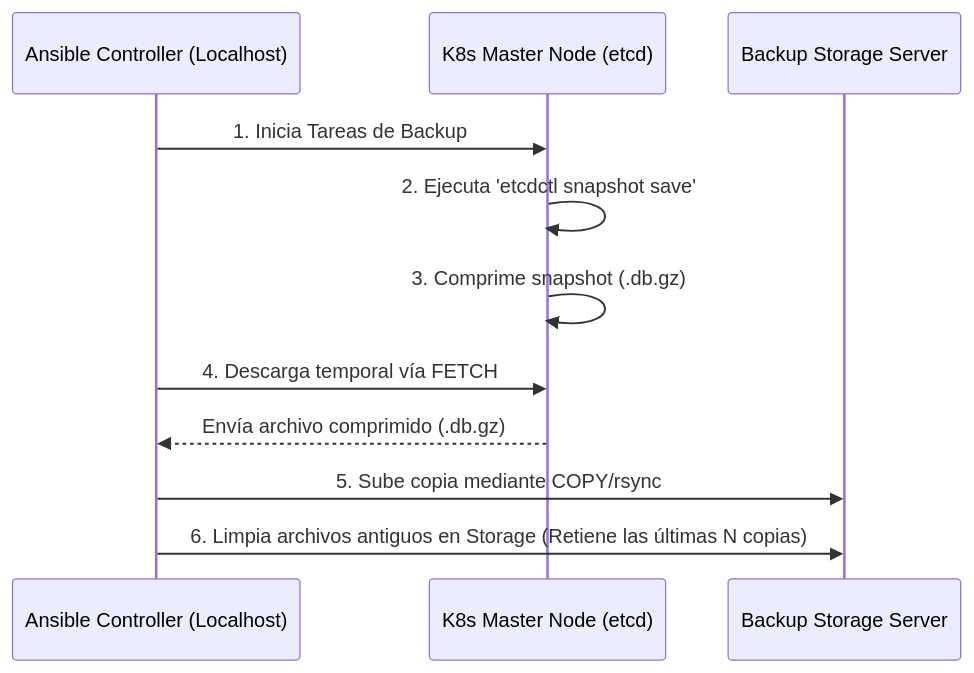
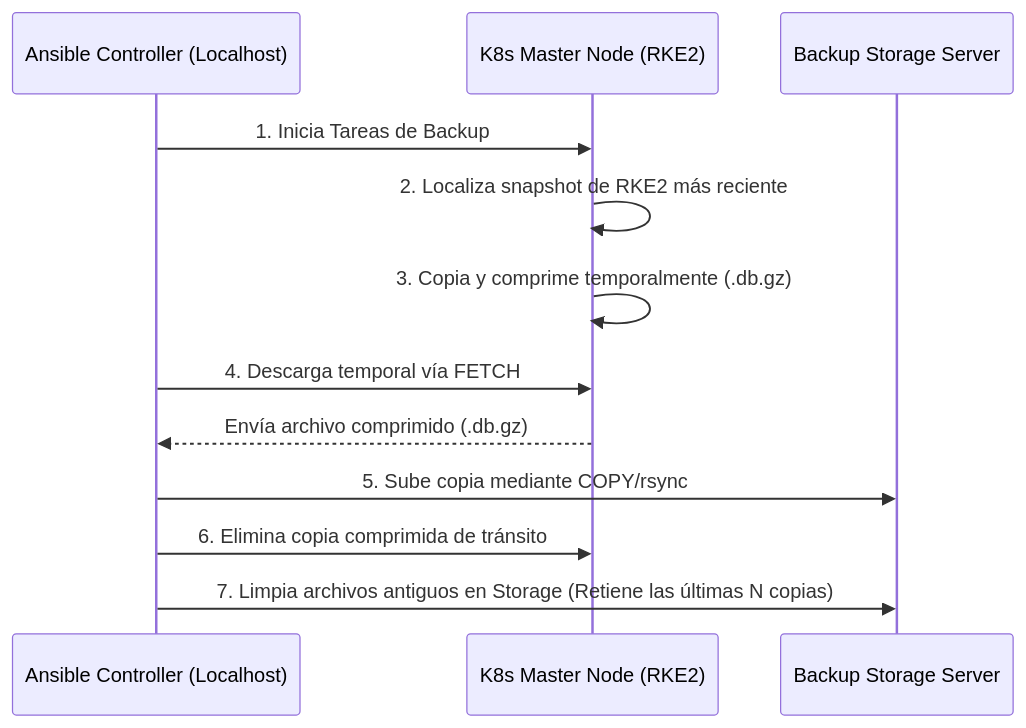
One commit to eddgt/etcd-backup-cron changed the diagram in README.md. Above: the diagram before and after it, drawn with Mermaid. The commit also changed other lines of this file and 4 other files, not shown here.

````diff
--- a/README.md
+++ b/README.md
@@ -14,14 +14,15 @@
 ```mermaid
 sequenceDiagram
     participant Ansible as Ansible Controller (Localhost)
-    participant Master as K8s Master Node (etcd)
+    participant Master as K8s Master Node (RKE2)
     participant Storage as Backup Storage Server
     
     Ansible->>Master: 1. Inicia Tareas de Backup
-    Master->>Master: 2. Ejecuta 'etcdctl snapshot save'
-    Master->>Master: 3. Comprime snapshot (.db.gz)
+    Master->>Master: 2. Localiza snapshot de RKE2 más reciente
+    Master->>Master: 3. Copia y comprime temporalmente (.db.gz)
     Ansible->>Master: 4. Descarga temporal vía FETCH
     Master-->>Ansible: Envía archivo comprimido (.db.gz)
     Ansible->>Storage: 5. Sube copia mediante COPY/rsync
-    Ansible->>Storage: 6. Limpia archivos antiguos en Storage (Retiene las últimas N copias)
+    Ansible->>Master: 6. Elimina copia comprimida de tránsito
+    Ansible->>Storage: 7. Limpia archivos antiguos en Storage (Retiene las últimas N copias)
 ```
````
